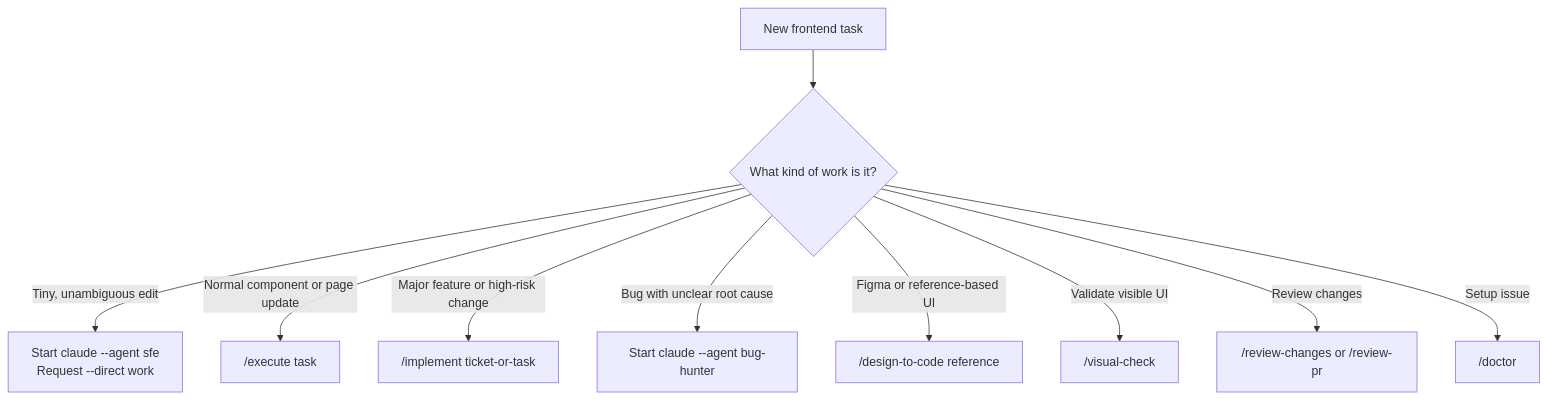
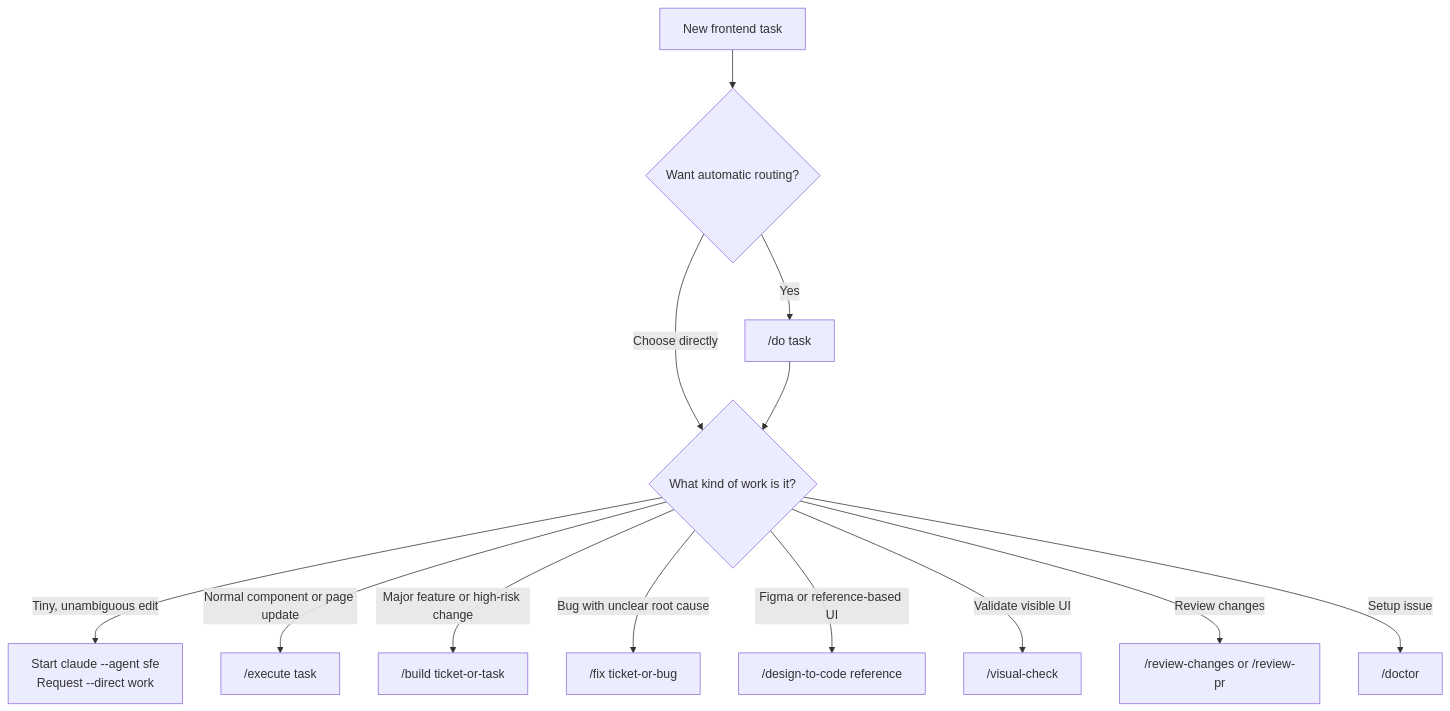
One commit to YashLT224/claude-fe-agent changed the second of 6 diagrams in README.md. Above: the diagram before and after it, drawn with Mermaid. The commit also changed other lines of this file and 7 other files, not shown here.

First line of the commit message:
feat: add /do router, /build, /fix, /a11y-check skills and ui-validator agent

````diff
--- a/README.md
+++ b/README.md
@@ -170,13 +173,16 @@
 ```mermaid
 flowchart TD
-    TASK["New frontend task"] --> TYPE{"What kind of work is it?"}
+    TASK["New frontend task"] --> AUTO{"Want automatic routing?"}
+    AUTO -->|"Yes"| DO["/do task"]
+    AUTO -->|"Choose directly"| TYPE{"What kind of work is it?"}
+    DO --> TYPE
 
     TYPE -->|"Tiny, unambiguous edit"| SMALL["Start claude --agent sfe<br/>Request --direct work"]
     TYPE -->|"Normal component or page update"| MEDIUM["/execute task"]
-    TYPE -->|"Major feature or high-risk change"| LARGE["/implement ticket-or-task"]
-    TYPE -->|"Bug with unclear root cause"| BUG["Start claude --agent bug-hunter"]
+    TYPE -->|"Major feature or high-risk change"| LARGE["/build ticket-or-task"]
+    TYPE -->|"Bug with unclear root cause"| BUG["/fix ticket-or-bug"]
     TYPE -->|"Figma or reference-based UI"| FIGMA["/design-to-code reference"]
     TYPE -->|"Validate visible UI"| UI["/visual-check"]
     TYPE -->|"Review changes"| REV["/review-changes or /review-pr"]
     TYPE -->|"Setup issue"| DOC["/doctor"]
 ```
````
